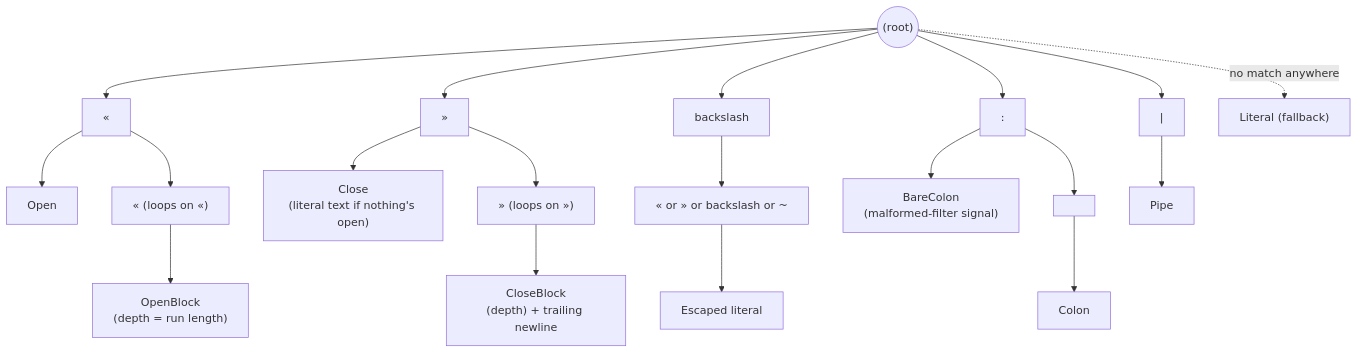
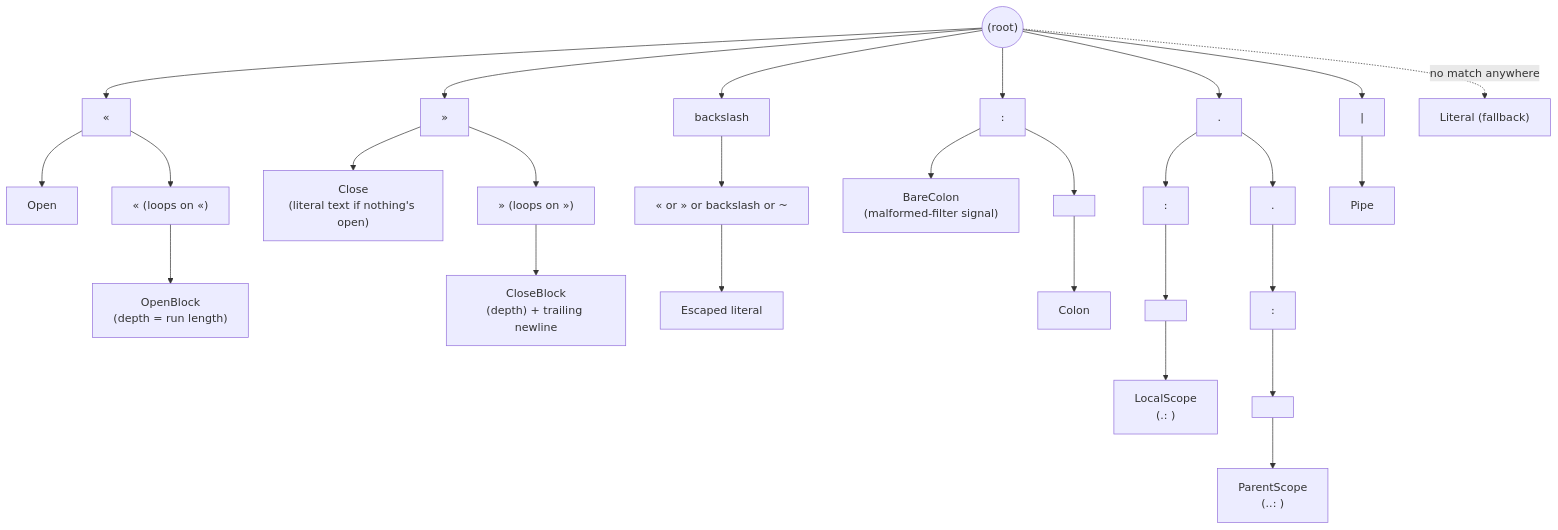
One commit to cihandeniz/guillemets changed the second of 3 diagrams in docs/architecture.md. Above: the diagram before and after it, drawn with Mermaid. The commit also changed other lines of this file and 9 other files, not shown here.

````diff
--- a/docs/architecture.md
+++ b/docs/architecture.md
@@ -63,13 +63,15 @@
 ```mermaid
 flowchart TB
     Root(("(root)"))
     Root --> Open["«"] --> OpenToken["Open"]
     Open --> OpenOpen["« (loops on «)"] --> OpenBlockToken["OpenBlock\n(depth = run length)"]
     Root --> Close["»"] --> CloseToken["Close\n(literal text if nothing's open)"]
     Close --> CloseClose["» (loops on »)"] --> CloseBlockToken["CloseBlock\n(depth) + trailing newline"]
     Root --> Esc["backslash"] --> EscChar["« or » or backslash or ~"] --> EscapedToken["Escaped literal"]
     Root --> Colon[":"] --> BareColonToken["BareColon\n(malformed-filter signal)"]
     Colon --> ColonSpace[" "] --> ColonToken["Colon"]
+    Root --> Dot["."] --> DotColon[":"] --> DotColonSpace[" "] --> LocalScopeToken["LocalScope\n(.: )"]
+    Dot --> DotDot["."] --> DotDotColon[":"] --> DotDotColonSpace[" "] --> ParentScopeToken["ParentScope\n(..: )"]
     Root --> SpacePipeSpace[" | "] --> PipeToken["Pipe"]
     Root -.no match anywhere.-> LiteralToken["Literal (fallback)"]
 ```
````
